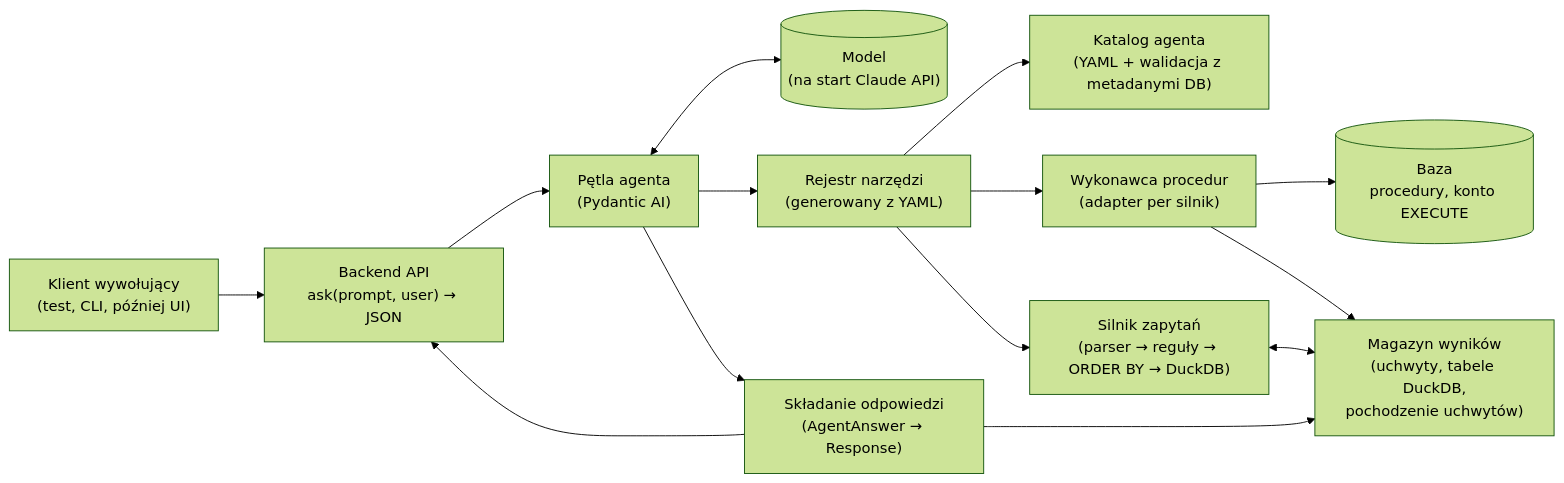
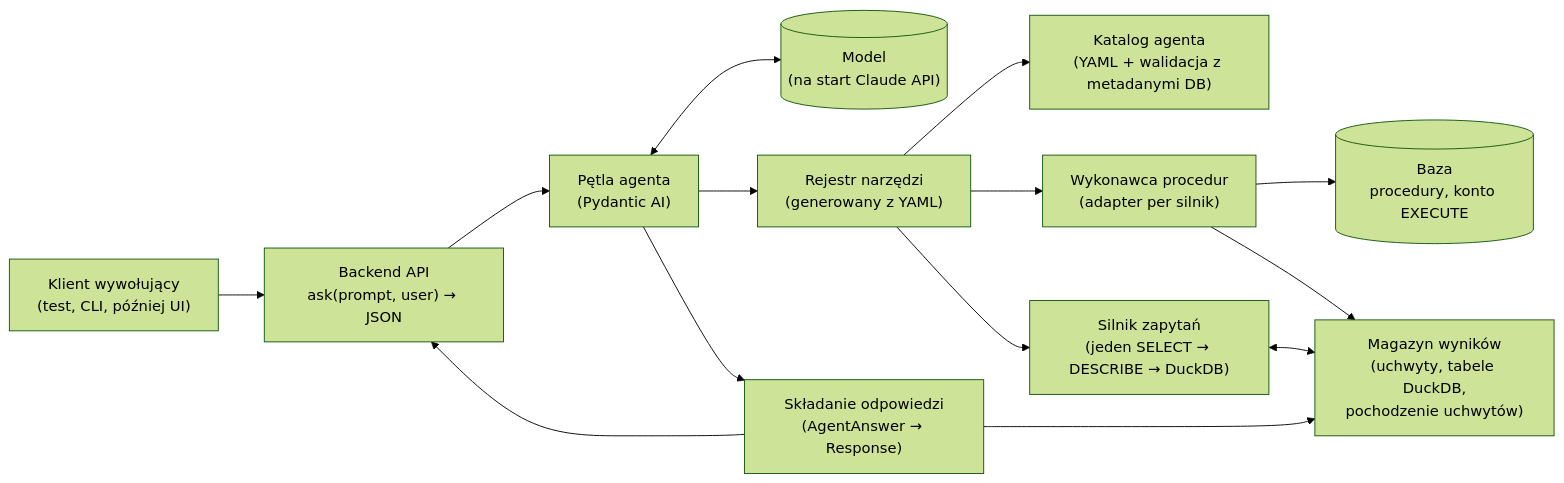
Before and after one commit to Pigula1984/data-concierge: the first of 2 diagrams in docs/architecture/001-architektura-data-concierge.md, drawn with Mermaid (forest theme). The commit also changed other lines of this file and 21 other files, not shown here.

````diff
--- a/docs/architecture/001-architektura-data-concierge.md
+++ b/docs/architecture/001-architektura-data-concierge.md
@@ -67,25 +68,25 @@
 ```mermaid
 flowchart LR
     C["Klient wywołujący<br/>(test, CLI, później UI)"]
     API["Backend API<br/>ask(prompt, user) → JSON"]
     LOOP["Pętla agenta<br/>(Pydantic AI)"]
     LLM[("Model<br/>(na start Claude API)")]
     REG["Rejestr narzędzi<br/>(generowany z YAML)"]
     CAT["Katalog agenta<br/>(YAML + walidacja z metadanymi DB)"]
     EXE["Wykonawca procedur<br/>(adapter per silnik)"]
     DB[("Baza<br/>procedury, konto EXECUTE")]
     RS["Magazyn wyników<br/>(uchwyty, tabele DuckDB,<br/>pochodzenie uchwytów)"]
-    QE["Silnik zapytań<br/>(parser → reguły → ORDER BY → DuckDB)"]
+    QE["Silnik zapytań<br/>(jeden SELECT → DESCRIBE → DuckDB)"]
     OUT["Składanie odpowiedzi<br/>(AgentAnswer → Response)"]
 
     C --> API --> LOOP
     LOOP <--> LLM
     LOOP --> REG
     REG --> CAT
     REG --> EXE --> DB
     EXE --> RS
     REG --> QE <--> RS
     LOOP --> OUT
     OUT --> RS
     OUT --> API
 ```
````
